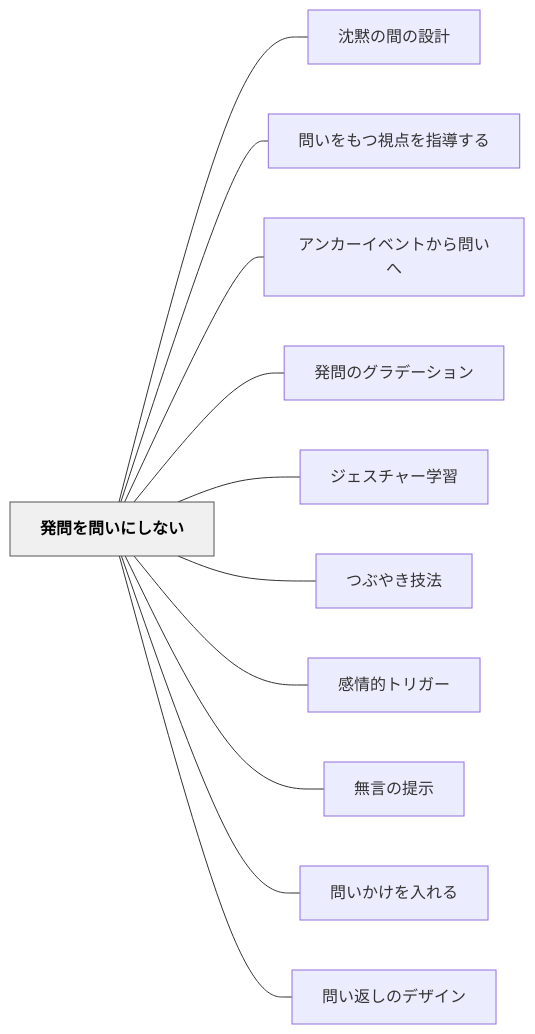
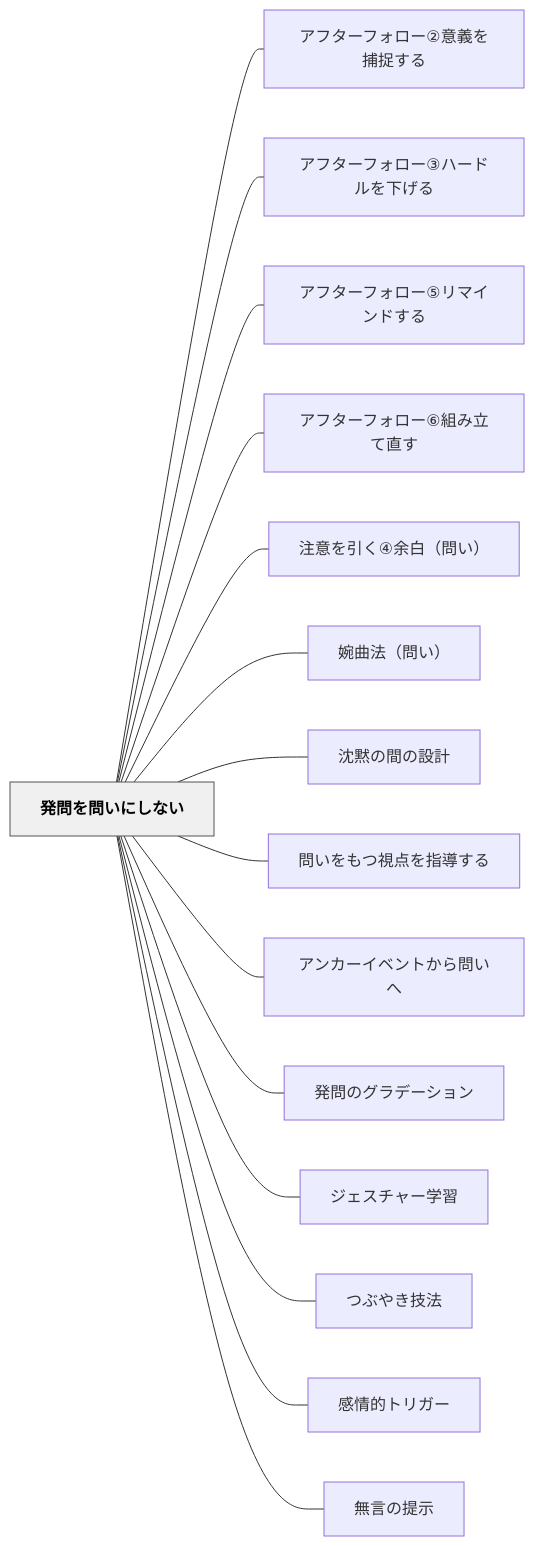
Before and after one commit to unknownthings-ed-patterns/unknownthings-ed-patterns: the diagram in content/パタン/発問を問いにしない.md, drawn with Mermaid. The commit also changed other lines of this file and 38 other files, not shown here.

````diff
--- a/content/パタン/発問を問いにしない.md
+++ b/content/パタン/発問を問いにしない.md
@@ -85,28 +91,36 @@
 ```mermaid
 flowchart LR
     ne799bae5958fe38292e5958fe38184e381abe38197e381aae38184["発問を問いにしない"]
+    ne382a2e38395e382bfe383bce38395e382a9e383ade383bce291a1e6848fe7bea9e38292e68d95e68d89e38199e3828b["アフターフォロー②意義を捕捉する"]
+    ne382a2e38395e382bfe383bce38395e382a9e383ade383bce291a2e3838fe383bce38389e383abe38292e4b88be38192e3828b["アフターフォロー③ハードルを下げる"]
+    ne382a2e38395e382bfe383bce38395e382a9e383ade383bce291a4e383aae3839ee382a4e383b3e38389e38199e3828b["アフターフォロー⑤リマインドする"]
+    ne382a2e38395e382bfe383bce38395e382a9e383ade383bce291a5e7b584e381bfe7ab8be381a6e79bb4e38199["アフターフォロー⑥組み立て直す"]
+    ne6b3a8e6848fe38292e5bc95e3818fe291a3e4bd99e799bdefbc88e5958fe38184efbc89["注意を引く④余白（問い）"]
+    ne5a989e69bb2e6b395efbc88e5958fe38184efbc89["婉曲法（問い）"]
     ne6b288e9bb99e381aee99693e381aee8a8ade8a888["沈黙の間の設計"]
     ne5958fe38184e38292e38282e381a4e8a696e782b9e38292e68c87e5b08ee38199e3828b["問いをもつ視点を指導する"]
     ne382a2e383b3e382abe383bce382a4e38399e383b3e38388e3818be38289e5958fe38184e381b8["アンカーイベントから問いへ"]
     ne799bae5958fe381aee382b0e383a9e38387e383bce382b7e383a7e383b3["発問のグラデーション"]
     ne382b8e382a7e382b9e38381e383a3e383bce5ada6e7bf92["ジェスチャー学習"]
     ne381a4e381b6e38284e3818de68a80e6b395["つぶやき技法"]
     ne6849fe68385e79a84e38388e383aae382ace383bc["感情的トリガー"]
     ne784a1e8a880e381aee68f90e7a4ba["無言の提示"]
-    ne5958fe38184e3818be38191e38292e585a5e3828ce3828b["問いかけを入れる"]
-    ne5958fe38184e8bf94e38197e381aee38387e382b6e382a4e383b3["問い返しのデザイン"]
 
+    ne799bae5958fe38292e5958fe38184e381abe38197e381aae38184 --- ne382a2e38395e382bfe383bce38395e382a9e383ade383bce291a1e6848fe7bea9e38292e68d95e68d89e38199e3828b
+    ne799bae5958fe38292e5958fe38184e381abe38197e381aae38184 --- ne382a2e38395e382bfe383bce38395e382a9e383ade383bce291a2e3838fe383bce38389e383abe38292e4b88be38192e3828b
+    ne799bae5958fe38292e5958fe38184e381abe38197e381aae38184 --- ne382a2e38395e382bfe383bce38395e382a9e383ade383bce291a4e383aae3839ee382a4e383b3e38389e38199e3828b
+    ne799bae5958fe38292e5958fe38184e381abe38197e381aae38184 --- ne382a2e38395e382bfe383bce38395e382a9e383ade383bce291a5e7b584e381bfe7ab8be381a6e79bb4e38199
+    ne799bae5958fe38292e5958fe38184e381abe38197e381aae38184 --- ne6b3a8e6848fe38292e5bc95e3818fe291a3e4bd99e799bdefbc88e5958fe38184efbc89
+    ne799bae5958fe38292e5958fe38184e381abe38197e381aae38184 --- ne5a989e69bb2e6b395efbc88e5958fe38184efbc89
     ne799bae5958fe38292e5958fe38184e381abe38197e381aae38184 --- ne6b288e9bb99e381aee99693e381aee8a8ade8a888
     ne799bae5958fe38292e5958fe38184e381abe38197e381aae38184 --- ne5958fe38184e38292e38282e381a4e8a696e782b9e38292e68c87e5b08ee38199e3828b
     ne799bae5958fe38292e5958fe38184e381abe38197e381aae38184 --- ne382a2e383b3e382abe383bce382a4e38399e383b3e38388e3818be38289e5958fe38184e381b8
     ne799bae5958fe38292e5958fe38184e381abe38197e381aae38184 --- ne799bae5958fe381aee382b0e383a9e38387e383bce382b7e383a7e383b3
     ne799bae5958fe38292e5958fe38184e381abe38197e381aae38184 --- ne382b8e382a7e382b9e38381e383a3e383bce5ada6e7bf92
     ne799bae5958fe38292e5958fe38184e381abe38197e381aae38184 --- ne381a4e381b6e38284e3818de68a80e6b395
     ne799bae5958fe38292e5958fe38184e381abe38197e381aae38184 --- ne6849fe68385e79a84e38388e383aae382ace383bc
     ne799bae5958fe38292e5958fe38184e381abe38197e381aae38184 --- ne784a1e8a880e381aee68f90e7a4ba
-    ne799bae5958fe38292e5958fe38184e381abe38197e381aae38184 --- ne5958fe38184e3818be38191e38292e585a5e3828ce3828b
-    ne799bae5958fe38292e5958fe38184e381abe38197e381aae38184 --- ne5958fe38184e8bf94e38197e381aee38387e382b6e382a4e383b3
 
     classDef hub fill:#f0f0f0,stroke:#555,color:#000,font-weight:bold
     class ne799bae5958fe38292e5958fe38184e381abe38197e381aae38184 hub
 ```
````
